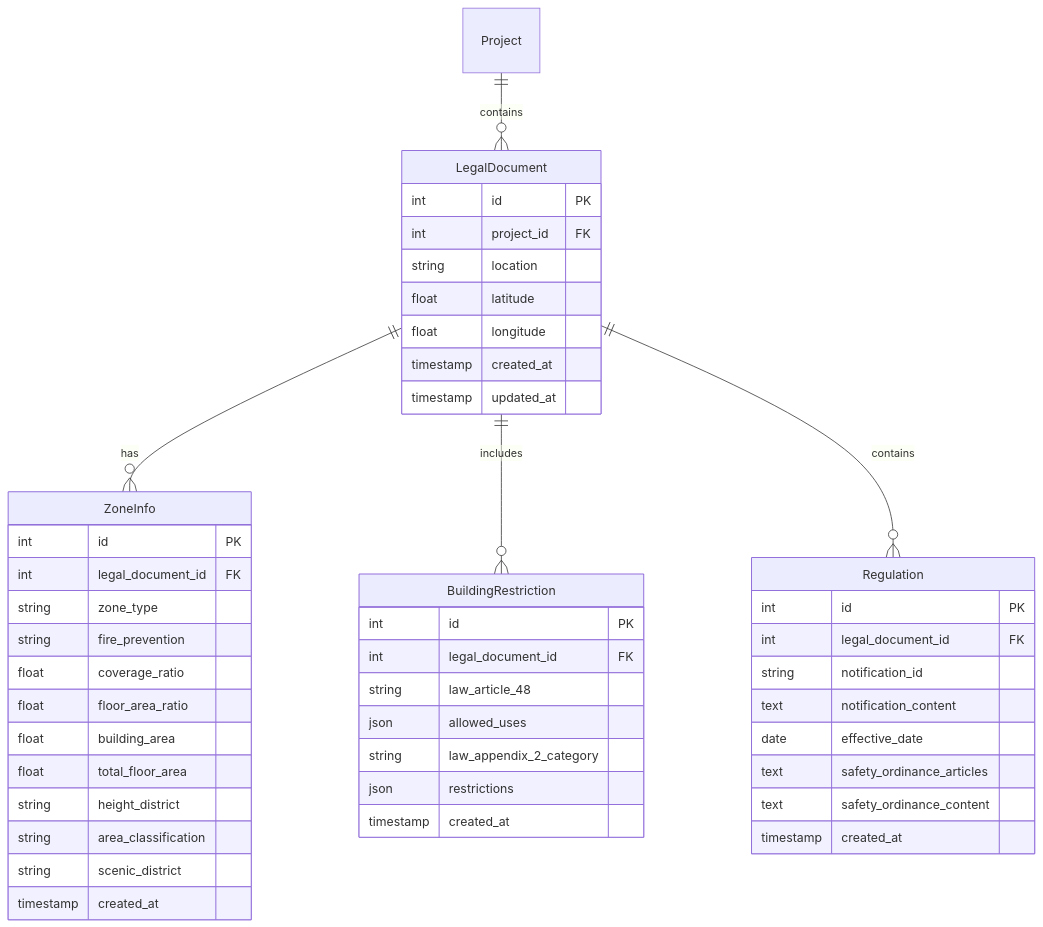
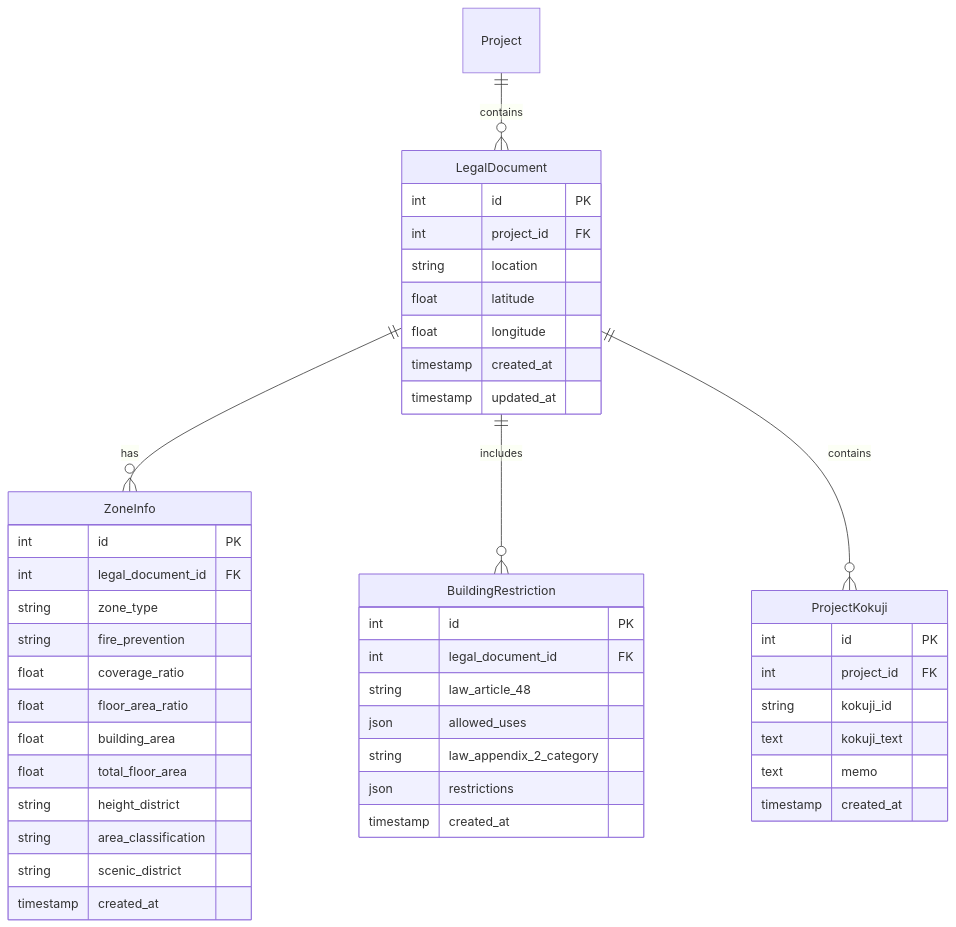
Before and after one commit to kamekamek/legal_api: the ninth of 15 diagrams in docs/development-schema.md, drawn with Mermaid. The commit also changed other lines of this file and 9 other files, not shown here.

````diff
--- a/docs/development-schema.md
+++ b/docs/development-schema.md
@@ -218,53 +218,51 @@
 ```mermaid
 erDiagram
     Project ||--o{ LegalDocument : contains
     LegalDocument ||--o{ ZoneInfo : has
     LegalDocument ||--o{ BuildingRestriction : includes
-    LegalDocument ||--o{ Regulation : contains
+    LegalDocument ||--o{ ProjectKokuji : contains
     
     LegalDocument {
         int id PK
         int project_id FK
         string location
         float latitude
         float longitude
         timestamp created_at
         timestamp updated_at
     }
     
     ZoneInfo {
         int id PK
         int legal_document_id FK
         string zone_type
         string fire_prevention
         float coverage_ratio
         float floor_area_ratio
         float building_area
         float total_floor_area
         string height_district
         string area_classification
         string scenic_district
         timestamp created_at
     }
     
     BuildingRestriction {
         int id PK
         int legal_document_id FK
         string law_article_48
         json allowed_uses
         string law_appendix_2_category
         json restrictions
         timestamp created_at
     }
     
-    Regulation {
+    ProjectKokuji {
         int id PK
-        int legal_document_id FK
-        string notification_id
-        text notification_content
-        date effective_date
-        text safety_ordinance_articles
-        text safety_ordinance_content
+        int project_id FK
+        string kokuji_id
+        text kokuji_text
+        text memo
         timestamp created_at
     }
 ```
````
